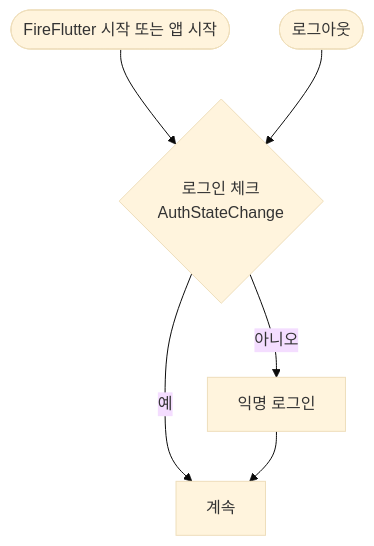
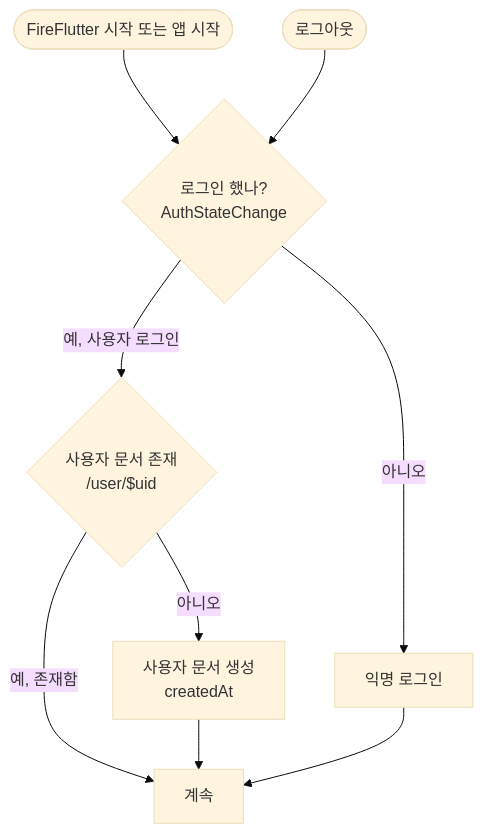
One commit to thruthesky/fireflutter changed the second of 2 diagrams in README.md. Above: the diagram before and after it, drawn with Mermaid (base theme). The commit also changed 4 other files, not shown here.

Commit message:
user sign-in

````diff
--- a/README.md
+++ b/README.md
@@ -38,8 +38,11 @@
 ```mermaid
 flowchart TB;
-Start([FireFlutter 시작 또는 앱 시작]) --> AuthStateChange{로그인 체크\nAuthStateChange}
-AuthStateChange -->|예| Continue[계속]
+Start([FireFlutter 시작 또는 앱 시작]) --> AuthStateChange{로그인 했나?\nAuthStateChange}
+AuthStateChange -->|예, 사용자 로그인| CheckUserDoc{사용자 문서 존재\n/user/$uid}
+CheckUserDoc -->|예, 존재함| Continue
+CheckUserDoc -->|아니오| CreateUserDoc[사용자 문서 생성\ncreatedAt]
+CreateUserDoc --> Continue
 AuthStateChange -->|아니오| SignInAnonymous[익명 로그인]
-SignInAnonymous --> Continue
+SignInAnonymous --> Continue[계속]
 Logout([로그아웃]) --> AuthStateChange
 ```
````
